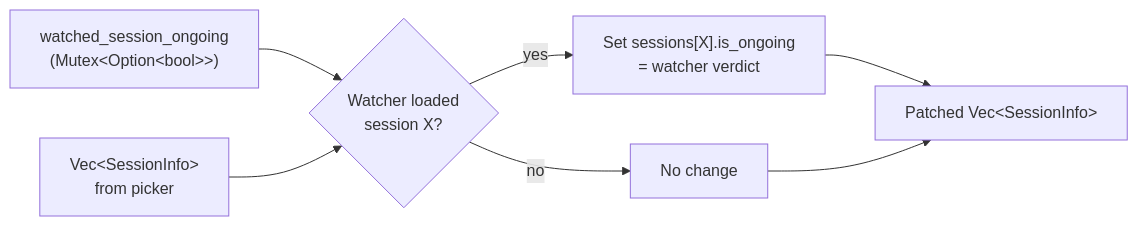
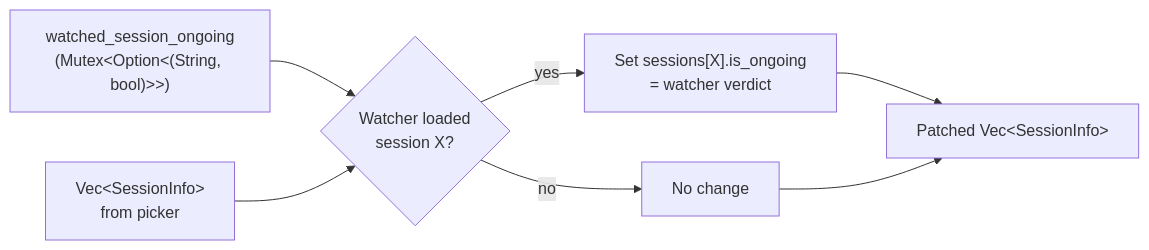
One commit to delexw/claude-code-trace changed the seventh of 9 diagrams in specs/03-state-management.md. Above: the diagram before and after it, drawn with Mermaid. The commit also changed other lines of this file and 35 other files, not shown here.

````diff
--- a/specs/03-state-management.md
+++ b/specs/03-state-management.md
@@ -115,11 +213,11 @@
 ```mermaid
 flowchart LR
-    WA["watched_session_ongoing\n(Mutex&lt;Option&lt;bool&gt;&gt;)"]
+    WA["watched_session_ongoing\n(Mutex&lt;Option&lt;(String, bool)&gt;&gt;)"]
     PICK["Vec&lt;SessionInfo&gt;\nfrom picker"]
     WA --> PATCH{"Watcher loaded\nsession X?"}
     PATCH -->|"yes"| OVERRIDE["Set sessions[X].is_ongoing\n= watcher verdict"]
     PATCH -->|"no"| PASS["No change"]
     PICK --> PATCH
     OVERRIDE --> OUT["Patched Vec&lt;SessionInfo&gt;"]
     PASS --> OUT
 ```
````
